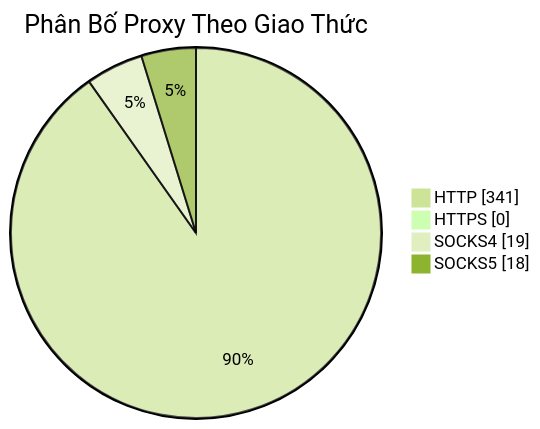
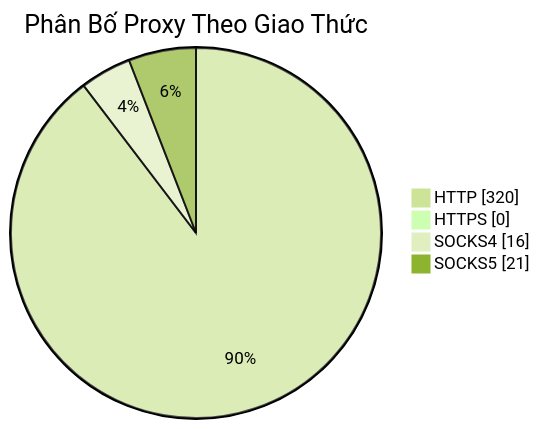
Before and after one commit to Ciara-Aa/PROXY-free: the diagram in README.md, drawn with Mermaid (forest theme). The commit also changed other lines of this file and 3 other files, not shown here.

````diff
--- a/README.md
+++ b/README.md
@@ -26,7 +26,7 @@
 ```mermaid
 pie showData title Phân Bố Proxy Theo Giao Thức
-    "HTTP" : 341
+    "HTTP" : 320
     "HTTPS" : 0
-    "SOCKS4" : 19
-    "SOCKS5" : 18
+    "SOCKS4" : 16
+    "SOCKS5" : 21
 ```
````
